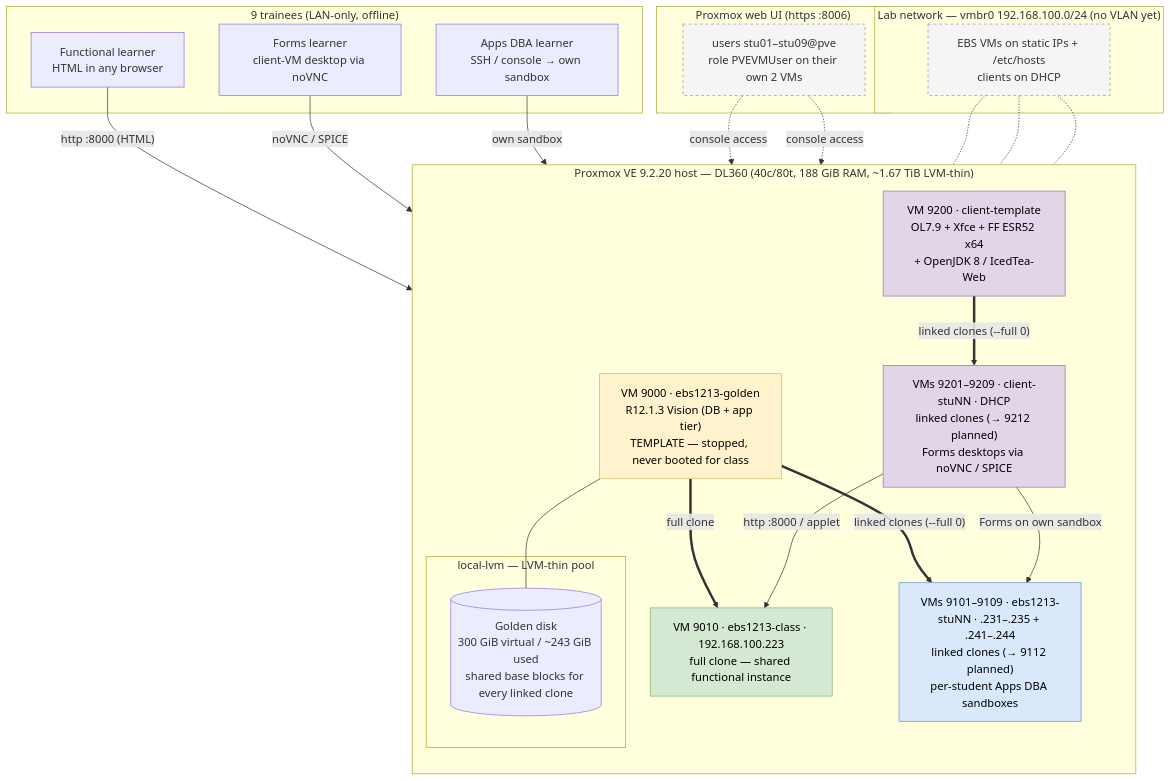
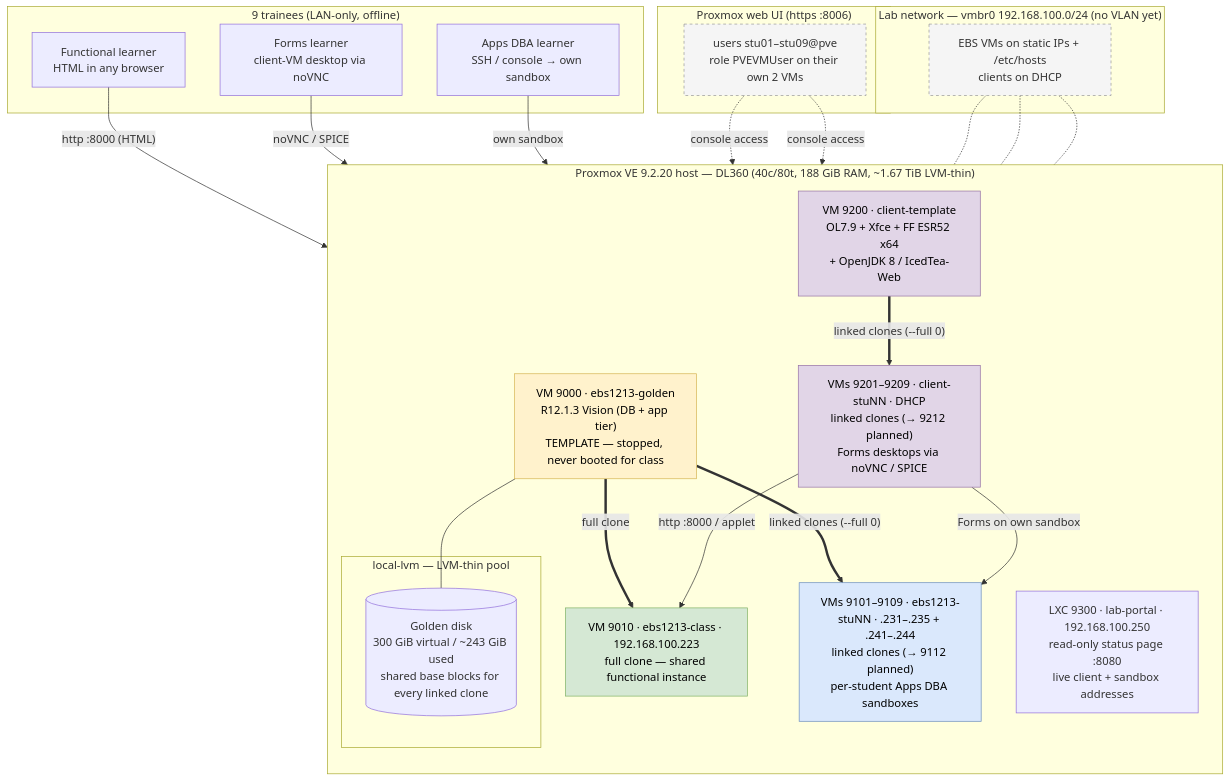
Before and after one commit to CodelineAtyab/OracleEBSLocalHosting: the diagram in README.md, drawn with Mermaid. The commit also changed other lines of this file and 24 other files, not shown here.

````diff
--- a/README.md
+++ b/README.md
@@ -63,58 +63,60 @@
 ```mermaid
 flowchart TB
     subgraph HOST["Proxmox VE 9.2.20 host — DL360 (40c/80t, 188 GiB RAM, ~1.67 TiB LVM-thin)"]
         direction TB
 
         subgraph STORE["local-lvm — LVM-thin pool"]
             GOLDDISK[("Golden disk<br/>300 GiB virtual / ~243 GiB used<br/>shared base blocks for every linked clone")]
         end
 
         GOLDEN["VM 9000 · ebs1213-golden<br/>R12.1.3 Vision (DB + app tier)<br/>TEMPLATE — stopped, never booted for class"]
         GOLDEN --- GOLDDISK
 
         CLASS["VM 9010 · ebs1213-class · 192.168.100.223<br/>full clone — shared functional instance"]
         EBSBOX["VMs 9101–9109 · ebs1213-stuNN · .231–.235 + .241–.244<br/>linked clones (→ 9112 planned)<br/>per-student Apps DBA sandboxes"]
         CTMPL["VM 9200 · client-template<br/>OL7.9 + Xfce + FF ESR52 x64<br/>+ OpenJDK 8 / IcedTea-Web"]
         CLIENT["VMs 9201–9209 · client-stuNN · DHCP<br/>linked clones (→ 9212 planned)<br/>Forms desktops via noVNC / SPICE"]
 
         GOLDEN ==>|"full clone"| CLASS
         GOLDEN ==>|"linked clones (--full 0)"| EBSBOX
         CTMPL ==>|"linked clones (--full 0)"| CLIENT
+
+        PORTAL["LXC 9300 · lab-portal · 192.168.100.250<br/>read-only status page :8080<br/>live client + sandbox addresses"]
     end
 
     subgraph NET["Lab network — vmbr0 192.168.100.0/24 (no VLAN yet)"]
         IPADDR["EBS VMs on static IPs + /etc/hosts<br/>clients on DHCP"]
     end
 
     subgraph PVEUI["Proxmox web UI (https :8006)"]
         USERS["users stu01–stu09@pve<br/>role PVEVMUser on their own 2 VMs"]
     end
 
     subgraph WHO["9 trainees (LAN-only, offline)"]
         FUNC["Functional learner<br/>HTML in any browser"]
         ADM["Apps DBA learner<br/>SSH / console → own sandbox"]
         FORM["Forms learner<br/>client-VM desktop via noVNC"]
     end
 
     FUNC -->|"http :8000 (HTML)"| CLASS
     FORM -->|"noVNC / SPICE"| CLIENT
     CLIENT -->|"http :8000 / applet"| CLASS
     ADM -->|"own sandbox"| EBSBOX
     CLIENT -->|"Forms on own sandbox"| EBSBOX
     USERS -.->|"console access"| CLIENT
     USERS -.->|"console access"| EBSBOX
     IPADDR -.- CLASS
     IPADDR -.- EBSBOX
     IPADDR -.- CLIENT
 
     classDef golden fill:#fff2cc,stroke:#d6b656,color:#000;
     classDef classv fill:#d5e8d4,stroke:#82b366,color:#000;
     classDef sandbox fill:#dae8fc,stroke:#6c8ebf,color:#000;
     classDef client fill:#e1d5e7,stroke:#9673a6,color:#000;
     classDef idle fill:#f5f5f5,stroke:#999,stroke-dasharray:4,color:#333;
     class GOLDEN golden;
     class CLASS classv;
     class EBSBOX sandbox;
     class CTMPL,CLIENT client;
     class IPADDR,USERS idle;
 ```
````
